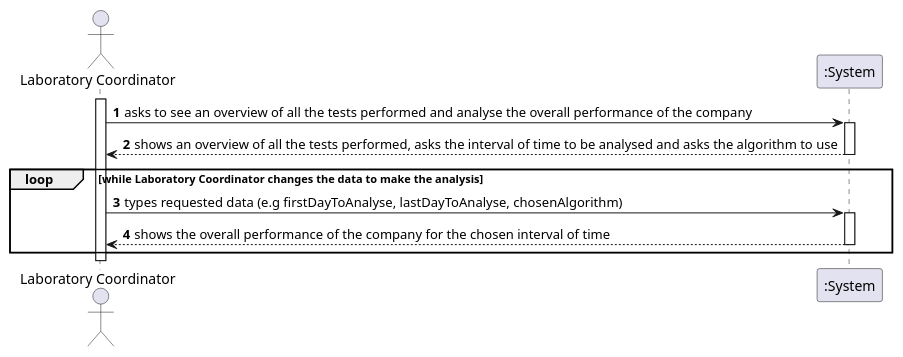
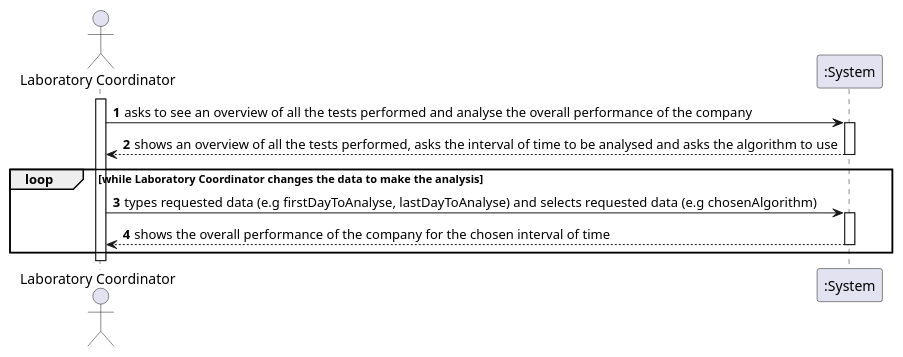
One commit to ana-albergaria/LAPR2-ISEP changed the diagram in docs/SprintD/US_16/US16_SSD.puml. Above: the diagram before and after it, drawn with PlantUML. The commit also changed 15 other files, not shown here.

Commit message:
Corrected error in US16 Diagrams and Documentations, and Continued US16 Code.

```diff
--- a/docs/SprintD/US_16/US16_SSD.puml
+++ b/docs/SprintD/US_16/US16_SSD.puml
@@ -1,18 +1,18 @@
 @startuml
 autonumber
 actor "Laboratory Coordinator" as LC
 
 activate LC
 LC-> ":System" : asks to see an overview of all the tests performed and analyse the overall performance of the company
 activate ":System"
 ":System" --> LC : shows an overview of all the tests performed, asks the interval of time to be analysed and asks the algorithm to use
 deactivate ":System"
 
 loop while Laboratory Coordinator changes the data to make the analysis
-LC-> ":System" : types requested data (e.g firstDayToAnalyse, lastDayToAnalyse, chosenAlgorithm)
+LC-> ":System" : types requested data (e.g firstDayToAnalyse, lastDayToAnalyse) and selects requested data (e.g chosenAlgorithm)
 activate ":System"
 ":System" --> LC : shows the overall performance of the company for the chosen interval of time
 deactivate ":System"
 end
 
 @enduml
```
